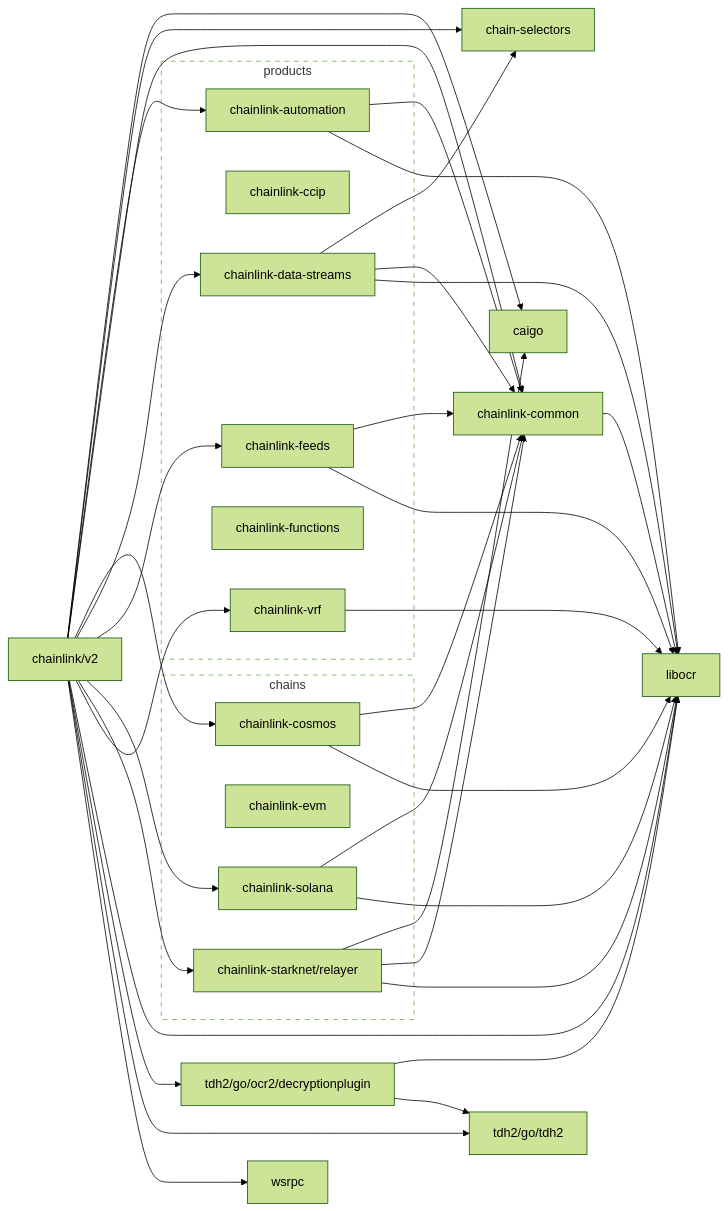
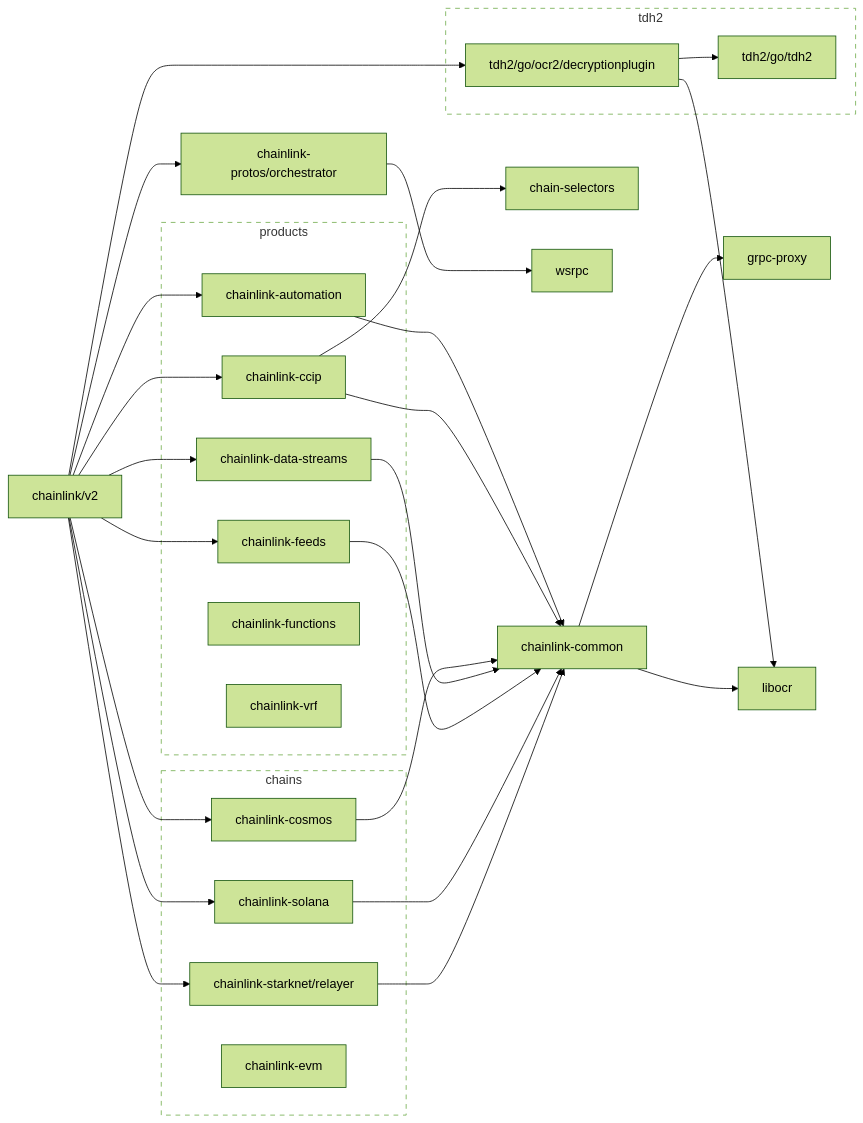
One commit to smartcontractkit-test/chainlink-test changed the first of 2 diagrams in go.md. Above: the diagram before and after it, drawn with Mermaid (forest theme). The commit also changed other lines of this file and 4442 other files, not shown here.

````diff
--- a/go.md
+++ b/go.md
@@ -2,68 +3,74 @@
 ```mermaid
 flowchart LR
   subgraph chains
     chainlink-cosmos
-    chainlink-evm
     chainlink-solana
     chainlink-starknet/relayer
+    chainlink-evm
   end
 
   subgraph products
     chainlink-automation
     chainlink-ccip
     chainlink-data-streams
     chainlink-feeds
     chainlink-functions
     chainlink-vrf
   end
 
-  classDef outline stroke-dasharray:6,fill:none;
-  class chains,products outline
+  classDef group stroke-dasharray:6,fill:none;
+  class chains,products group
 
-  chainlink/v2 --> caigo
-  click caigo href "https://github.com/smartcontractkit/caigo"
-  chainlink/v2 --> chain-selectors
-  click chain-selectors href "https://github.com/smartcontractkit/chain-selectors"
-  chainlink/v2 --> chainlink-automation
-  click chainlink-automation href "https://github.com/smartcontractkit/chainlink-automation"
-  chainlink/v2 --> chainlink-common
-  click chainlink-common href "https://github.com/smartcontractkit/chainlink-common"
-  chainlink/v2 --> chainlink-cosmos
-  click chainlink-cosmos href "https://github.com/smartcontractkit/chainlink-cosmos"
-  chainlink/v2 --> chainlink-data-streams
-  click chainlink-data-streams href "https://github.com/smartcontractkit/chainlink-data-streams"
-  chainlink/v2 --> chainlink-feeds
-  click chainlink-feeds href "https://github.com/smartcontractkit/chainlink-feeds"
-  chainlink/v2 --> chainlink-solana
-  click chainlink-solana href "https://github.com/smartcontractkit/chainlink-solana"
-  chainlink/v2 --> chainlink-starknet/relayer
-  click chainlink-starknet/relayer href "https://github.com/smartcontractkit/chainlink-starknet"
-  chainlink/v2 --> chainlink-vrf
-  click chainlink-vrf href "https://github.com/smartcontractkit/chainlink-vrf"
-  chainlink/v2 --> libocr
-  click libocr href "https://github.com/smartcontractkit/libocr"
-  chainlink/v2 --> tdh2/go/ocr2/decryptionplugin
-  click tdh2/go/ocr2/decryptionplugin href "https://github.com/smartcontractkit/tdh2"
-  chainlink/v2 --> tdh2/go/tdh2
-  click tdh2/go/tdh2 href "https://github.com/smartcontractkit/tdh2"
-  chainlink/v2 --> wsrpc
-  click wsrpc href "https://github.com/smartcontractkit/wsrpc"
-  chainlink-automation --> chainlink-common
-  chainlink-automation --> libocr
-  chainlink-common --> libocr
-  chainlink-cosmos --> chainlink-common
-  chainlink-cosmos --> libocr
-  chainlink-data-streams --> chain-selectors
-  chainlink-data-streams --> chainlink-common
-  chainlink-data-streams --> libocr
-  chainlink-feeds --> chainlink-common
-  chainlink-feeds --> libocr
-  chainlink-solana --> chainlink-common
-  chainlink-solana --> libocr
-  chainlink-starknet/relayer --> caigo
-  chainlink-starknet/relayer --> chainlink-common
-  chainlink-starknet/relayer --> libocr
-  chainlink-vrf --> libocr
-  tdh2/go/ocr2/decryptionplugin --> libocr
-  tdh2/go/ocr2/decryptionplugin --> tdh2/go/tdh2
+	chain-selectors
+	click chain-selectors href "https://github.com/smartcontractkit/chain-selectors"
+	chainlink-automation --> chainlink-common
+	click chainlink-automation href "https://github.com/smartcontractkit/chainlink-automation"
+	chainlink-ccip --> chain-selectors
+	chainlink-ccip --> chainlink-common
+	click chainlink-ccip href "https://github.com/smartcontractkit/chainlink-ccip"
+	chainlink-common --> grpc-proxy
+	chainlink-common --> libocr
+	click chainlink-common href "https://github.com/smartcontractkit/chainlink-common"
+	chainlink-cosmos --> chainlink-common
+	click chainlink-cosmos href "https://github.com/smartcontractkit/chainlink-cosmos"
+	chainlink-data-streams --> chainlink-common
+	click chainlink-data-streams href "https://github.com/smartcontractkit/chainlink-data-streams"
+	chainlink-feeds --> chainlink-common
+	click chainlink-feeds href "https://github.com/smartcontractkit/chainlink-feeds"
+	chainlink-protos/orchestrator --> wsrpc
+	click chainlink-protos/orchestrator href "https://github.com/smartcontractkit/chainlink-protos"
+	chainlink-solana --> chainlink-common
+	click chainlink-solana href "https://github.com/smartcontractkit/chainlink-solana"
+	chainlink-starknet/relayer --> chainlink-common
+	click chainlink-starknet/relayer href "https://github.com/smartcontractkit/chainlink-starknet"
+	chainlink/v2 --> chainlink-automation
+	chainlink/v2 --> chainlink-ccip
+	chainlink/v2 --> chainlink-cosmos
+	chainlink/v2 --> chainlink-data-streams
+	chainlink/v2 --> chainlink-feeds
+	chainlink/v2 --> chainlink-protos/orchestrator
+	chainlink/v2 --> chainlink-solana
+	chainlink/v2 --> chainlink-starknet/relayer
+	chainlink/v2 --> tdh2/go/ocr2/decryptionplugin
+	click chainlink/v2 href "https://github.com/smartcontractkit/chainlink"
+	grpc-proxy
+	click grpc-proxy href "https://github.com/smartcontractkit/grpc-proxy"
+	libocr
+	click libocr href "https://github.com/smartcontractkit/libocr"
+	tdh2/go/ocr2/decryptionplugin --> libocr
+	tdh2/go/ocr2/decryptionplugin --> tdh2/go/tdh2
+	click tdh2/go/ocr2/decryptionplugin href "https://github.com/smartcontractkit/tdh2"
+	tdh2/go/tdh2
+	click tdh2/go/tdh2 href "https://github.com/smartcontractkit/tdh2"
+	wsrpc
+	click wsrpc href "https://github.com/smartcontractkit/wsrpc"
+
+	subgraph tdh2-repo[tdh2]
+		 tdh2/go/ocr2/decryptionplugin
+		 tdh2/go/tdh2
+	end
+	click tdh2-repo href "https://github.com/smartcontractkit/tdh2"
+
+	classDef outline stroke-dasharray:6,fill:none;
+	class tdh2-repo outline
 ```
````
